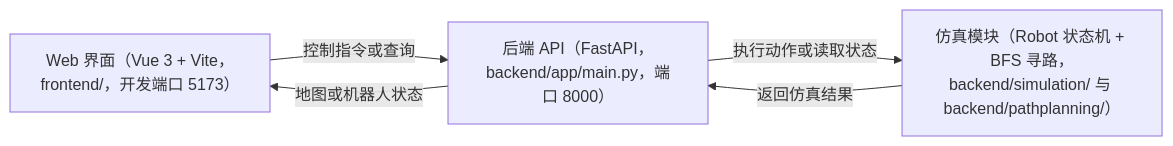
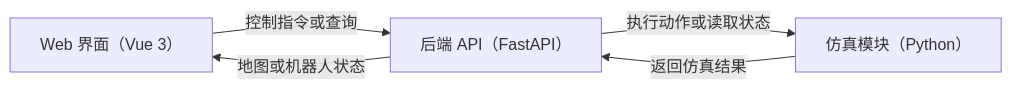
The diagram in docs/03_项目架构与接口.md (GuJianXiaoZi1234/patrol-sim), drawn with Mermaid before and after one commit. The commit also changed other lines of this file, not shown here.

````diff
--- a/docs/03_项目架构与接口.md
+++ b/docs/03_项目架构与接口.md
@@ -7,10 +7,10 @@
 ```mermaid
 flowchart LR
-    Web["Web 界面（Vue 3 + Vite，frontend/，开发端口 5173）"]
-    API["后端 API（FastAPI，backend/app/main.py，端口 8000）"]
-    Sim["仿真模块（Robot 状态机 + BFS 寻路，backend/simulation/ 与 backend/pathplanning/）"]
+    Web["Web 界面（Vue 3）"]
+    API["后端 API（FastAPI）"]
+    Sim["仿真模块（Python）"]
     Web -->|控制指令或查询| API
     API -->|地图或机器人状态| Web
     API -->|执行动作或读取状态| Sim
     Sim -->|返回仿真结果| API
 ```
````
